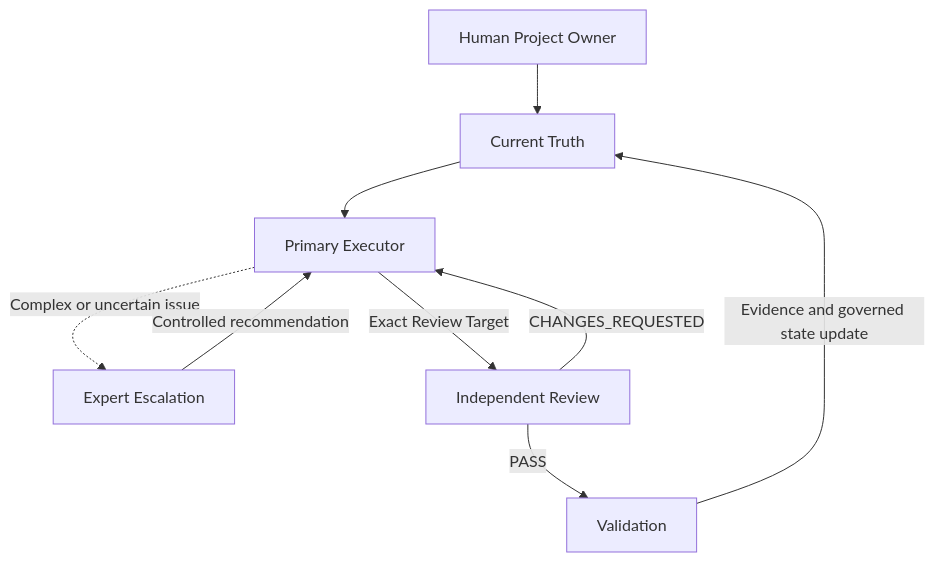
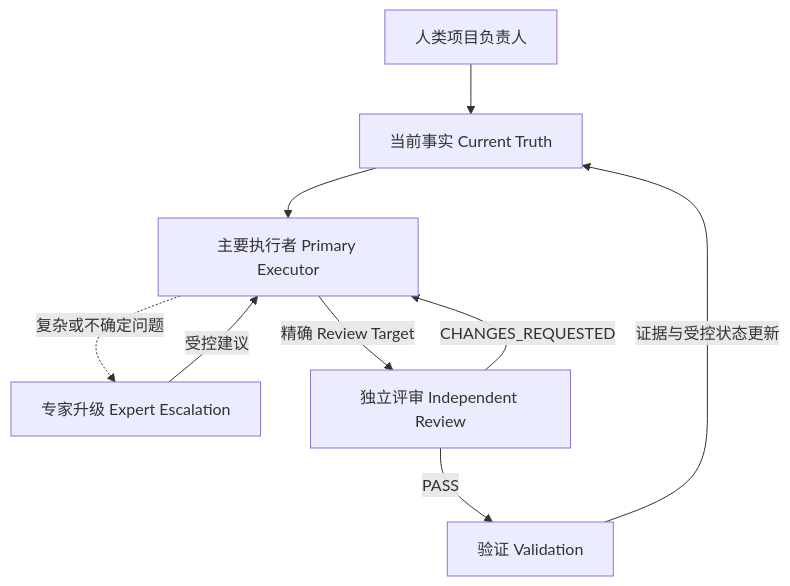
The diagram in README.md (loocoo2025/ai-engineering-governance), drawn with Mermaid before and after one commit. The commit also changed other lines of this file and 8 other files, not shown here.

````diff
--- a/README.md
+++ b/README.md
@@ -62,11 +58,11 @@
 ```mermaid
 flowchart TD
-    H[Human Project Owner] --> CT[Current Truth]
-    CT --> P[Primary Executor]
-    P -. Complex or uncertain issue .-> E[Expert Escalation]
-    E -->|Controlled recommendation| P
-    P -->|Exact Review Target| R[Independent Review]
+    H[人类项目负责人] --> CT[当前事实 Current Truth]
+    CT --> P[主要执行者 Primary Executor]
+    P -. 复杂或不确定问题 .-> E[专家升级 Expert Escalation]
+    E -->|受控建议| P
+    P -->|精确 Review Target| R[独立评审 Independent Review]
     R -->|CHANGES_REQUESTED| P
-    R -->|PASS| V[Validation]
-    V -->|Evidence and governed state update| CT
+    R -->|PASS| V[验证 Validation]
+    V -->|证据与受控状态更新| CT
 ```
````
